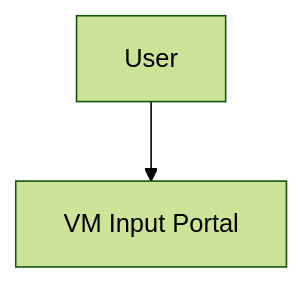
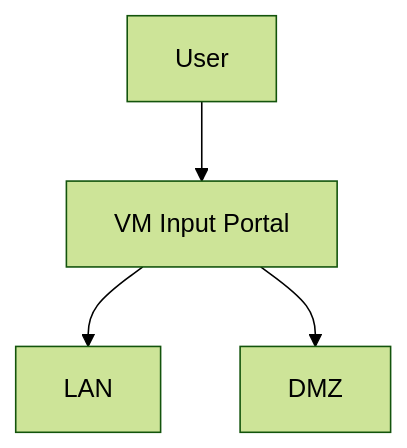
The diagram in decision_tree.md (steve3535/provisioning), drawn with Mermaid (forest theme) before and after one commit.

````diff
--- a/decision_tree.md
+++ b/decision_tree.md
@@ -1,4 +1,6 @@
 ```mermaid
 graph TD
    A[User] --> B[VM Input Portal]
+   B --> C[LAN]
+   B --> D[DMZ] 
 ```
````
